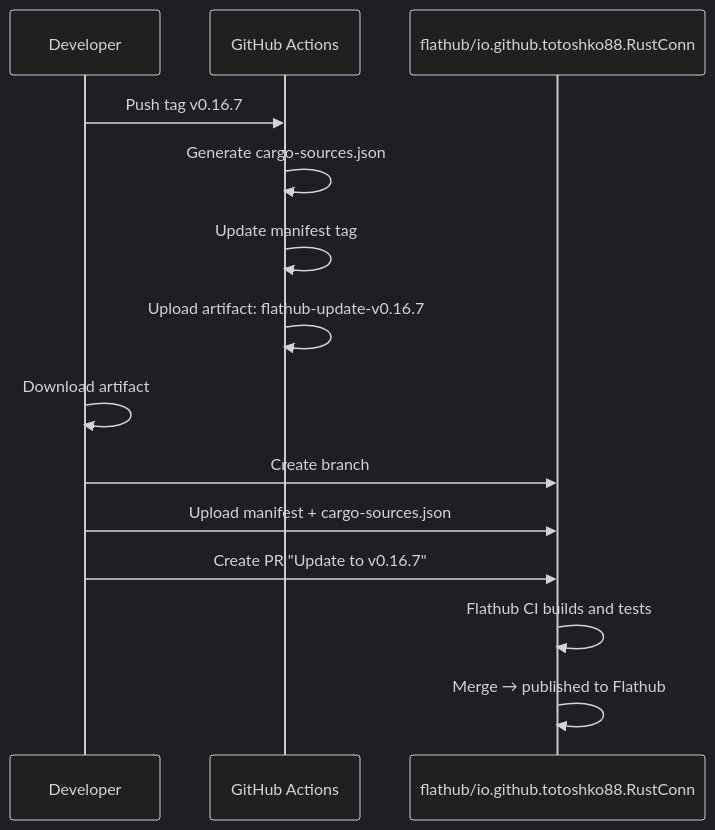
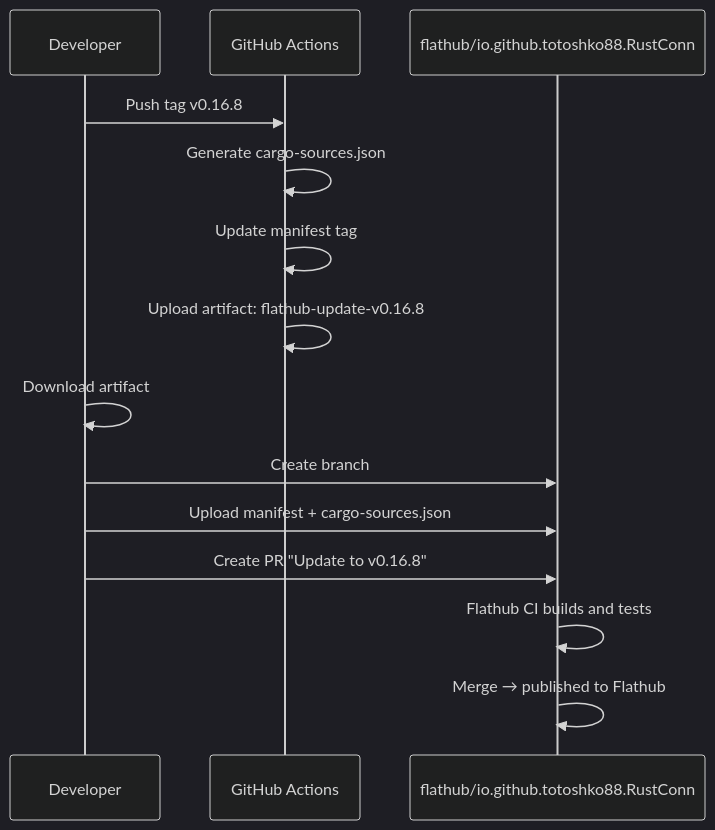
One commit to shanecaf/RustConn changed the sixth of 6 diagrams in docs/CI_BUILD_FLOW.md. Above: the diagram before and after it, drawn with Mermaid (dark theme). The commit also changed other lines of this file and 25 other files, not shown here.

````diff
--- a/docs/CI_BUILD_FLOW.md
+++ b/docs/CI_BUILD_FLOW.md
@@ -245,18 +245,18 @@
 ```mermaid
 sequenceDiagram
     participant Dev as Developer
     participant GH as GitHub Actions
     participant FH as flathub/io.github.totoshko88.RustConn
 
-    Dev->>GH: Push tag v0.16.7
+    Dev->>GH: Push tag v0.16.8
     GH->>GH: Generate cargo-sources.json
     GH->>GH: Update manifest tag
-    GH->>GH: Upload artifact: flathub-update-v0.16.7
+    GH->>GH: Upload artifact: flathub-update-v0.16.8
 
     Dev->>Dev: Download artifact
     Dev->>FH: Create branch
     Dev->>FH: Upload manifest + cargo-sources.json
-    Dev->>FH: Create PR "Update to v0.16.7"
+    Dev->>FH: Create PR "Update to v0.16.8"
     FH->>FH: Flathub CI builds and tests
     FH->>FH: Merge → published to Flathub
 ```
````
